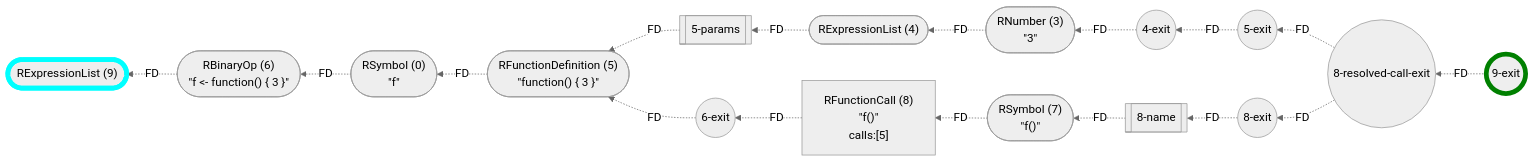
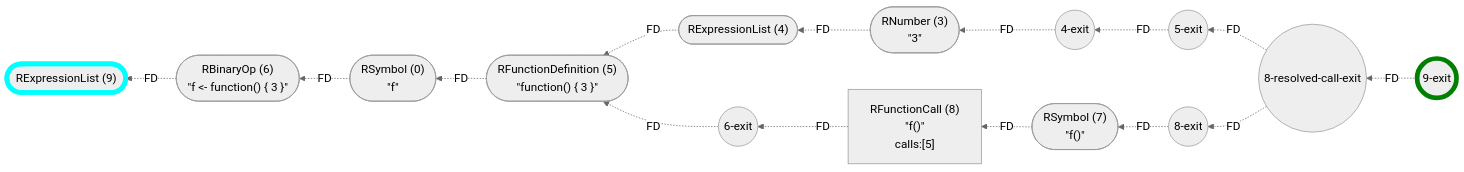
One commit to flowr-analysis/flowr changed the sixth of 23 diagrams in wiki/Control Flow Graph.md. Above: the diagram before and after it, drawn with Mermaid (neutral theme). The commit also changed other lines of this file and 2 other files, not shown here.

````diff
--- a/wiki/Control Flow Graph.md
+++ b/wiki/Control Flow Graph.md
@@ -337,43 +331,39 @@
 ```mermaid
 flowchart RL
     n9(["`RExpressionList (9)`"])
     n0(["`RSymbol (0)
 #34;f#34;`"])
-    n5-params[[5-params]]
     n5-exit((5-exit))
     n5(["`RFunctionDefinition (5)
 #34;function() #123; 3 #125;#34;`"])
     n4(["`RExpressionList (4)`"])
     n3(["`RNumber (3)
 #34;3#34;`"])
     n4-exit((4-exit))
     n6(["`RBinaryOp (6)
 #34;f #60;#45; function() #123; 3 #125;#34;`"])
     n6-exit((6-exit))
     n7(["`RSymbol (7)
 #34;f()#34;`"])
     n8["`RFunctionCall (8)
 #34;f()#34;
  calls:#91;5#93;`"]
-    n8-name[[8-name]]
     n8-exit((8-exit))
     n8-resolved-call-exit((8-resolved-call-exit))
     n9-exit((9-exit))
     n6 -.->|"FD"| n9
     n3 -.->|"FD"| n4
     n4-exit -.->|"FD"| n3
-    n5-params -.->|"FD"| n5
-    n4 -.->|"FD"| n5-params
+    n4 -.->|"FD"| n5
     n5-exit -.->|"FD"| n4-exit
     n5 -.->|"FD"| n0
     n0 -.->|"FD"| n6
     n6-exit -.->|"FD"| n5
     n8 -.->|"FD"| n6-exit
     n7 -.->|"FD"| n8
-    n8-name -.->|"FD"| n7
-    n8-exit -.->|"FD"| n8-name
+    n8-exit -.->|"FD"| n7
     n8-resolved-call-exit -.->|"FD"| n8-exit
     n8-resolved-call-exit -.->|"FD"| n5-exit
     n9-exit -.->|"FD"| n8-resolved-call-exit
     style n9 stroke:cyan,stroke-width:6.5px;    style n9-exit stroke:green,stroke-width:6.5px;
 ```
````
